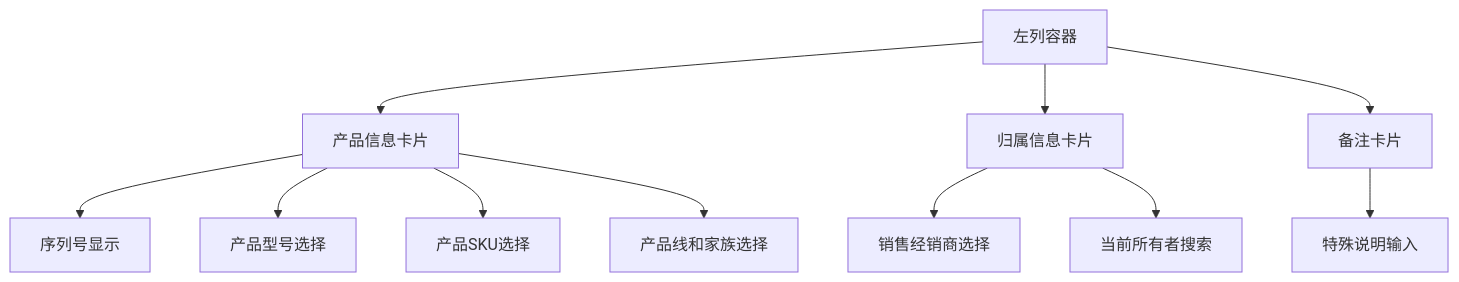
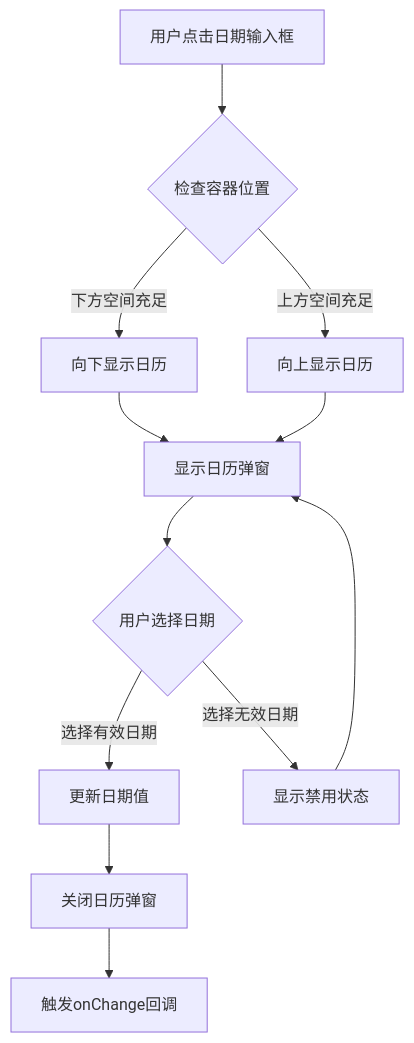
The ninth of 21 diagrams in .qoder/repowiki/zh/content/前端组件架构/保修注册模态框组件.md (CubeEdge/Longhorn), drawn with Mermaid before and after one commit. The commit also changed other lines of this file and 53 other files, not shown here.

````diff
--- a/.qoder/repowiki/zh/content/前端组件架构/保修注册模态框组件.md
+++ b/.qoder/repowiki/zh/content/前端组件架构/保修注册模态框组件.md
@@ -313,13 +405,14 @@
 ```mermaid
-graph TD
-A[左列容器] --> B[产品信息卡片]
-B --> C[序列号显示]
-B --> D[产品型号选择]
-B --> E[产品SKU选择]
-B --> F[产品线和家族选择]
-A --> G[归属信息卡片]
-G --> H[销售经销商选择]
-G --> I[当前所有者搜索]
-A --> J[备注卡片]
-J --> K[特殊说明输入]
+flowchart TD
+A[用户点击日期输入框] --> B{检查容器位置}
+B --> |下方空间充足| C[向下显示日历]
+B --> |上方空间充足| D[向上显示日历]
+C --> E[显示日历弹窗]
+D --> E
+E --> F{用户选择日期}
+F --> |选择有效日期| G[更新日期值]
+F --> |选择无效日期| H[显示禁用状态]
+G --> I[关闭日历弹窗]
+H --> E
+I --> J[触发onChange回调]
 ```
````
